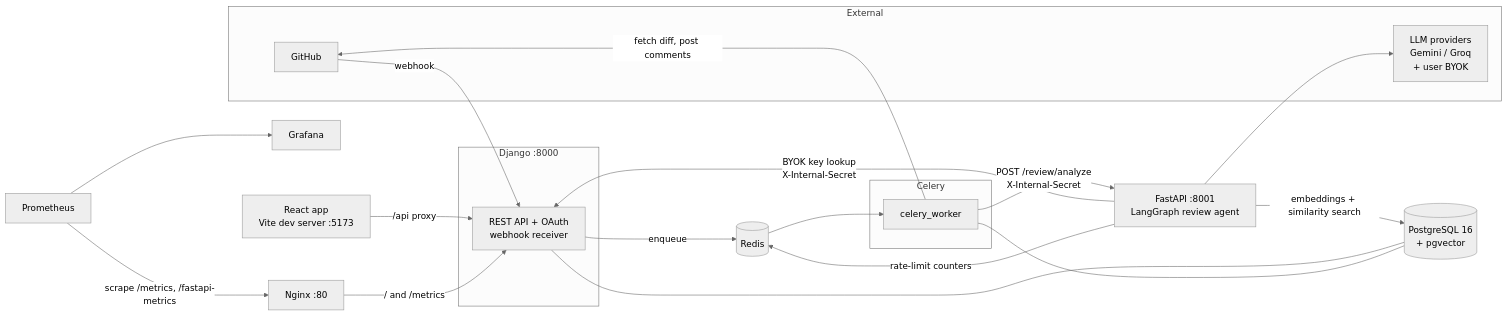
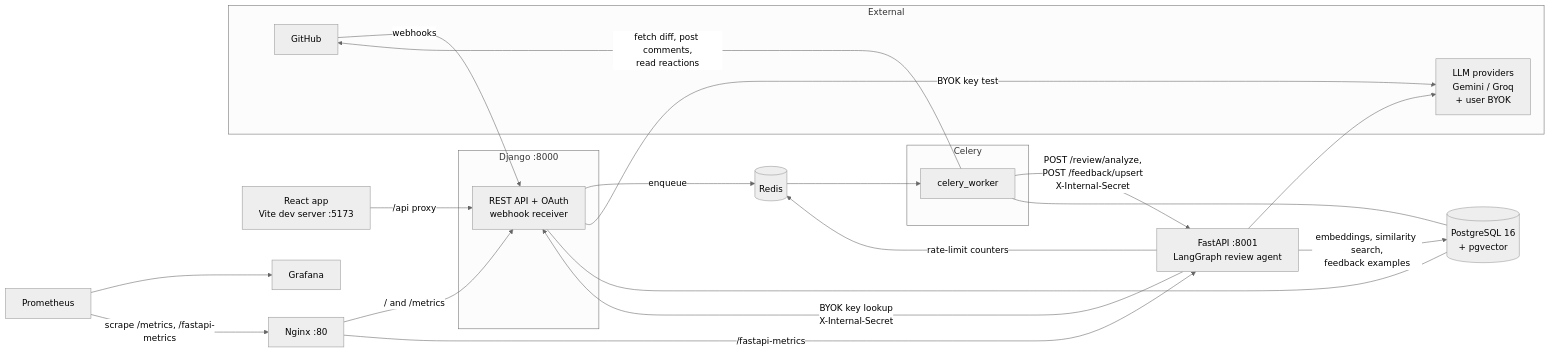
Before and after one commit to muhammedsiinanmp/Devmind: the second of 2 diagrams in README.md, drawn with Mermaid (neutral theme). The commit also changed other lines of this file and 1 other file, not shown here.

````diff
--- a/README.md
+++ b/README.md
@@ -38,39 +98,41 @@
 ```mermaid
 flowchart LR
     subgraph External
         GH["GitHub"]
         LLM["LLM providers<br/>Gemini / Groq<br/>+ user BYOK"]
     end
 
     FE["React app<br/>Vite dev server :5173"]
     NGX["Nginx :80"]
 
     subgraph Django["Django :8000"]
         API["REST API + OAuth<br/>webhook receiver"]
     end
 
     subgraph Workers["Celery"]
         CW["celery_worker"]
     end
 
     FA["FastAPI :8001<br/>LangGraph review agent"]
 
     PG[("PostgreSQL 16<br/>+ pgvector")]
     RD[("Redis")]
     PR["Prometheus"] --> GR["Grafana"]
 
     FE -->|"/api proxy"| API
-    GH -->|"webhook"| API
+    GH -->|"webhooks"| API
     NGX -->|"/ and /metrics"| API
+    NGX -->|"/fastapi-metrics"| FA
     API -->|"enqueue"| RD
     RD --> CW
-    CW -->|"fetch diff, post comments"| GH
-    CW -->|"POST /review/analyze<br/>X-Internal-Secret"| FA
+    CW -->|"fetch diff, post comments,<br/>read reactions"| GH
+    CW -->|"POST /review/analyze,<br/>POST /feedback/upsert<br/>X-Internal-Secret"| FA
     FA -->|"BYOK key lookup<br/>X-Internal-Secret"| API
+    API -->|"BYOK key test"| LLM
     FA --> LLM
-    FA -->|"embeddings + similarity search"| PG
+    FA -->|"embeddings, similarity search,<br/>feedback examples"| PG
     FA -->|"rate-limit counters"| RD
     API --- PG
     CW --- PG
     PR -->|"scrape /metrics, /fastapi-metrics"| NGX
 ```
````
